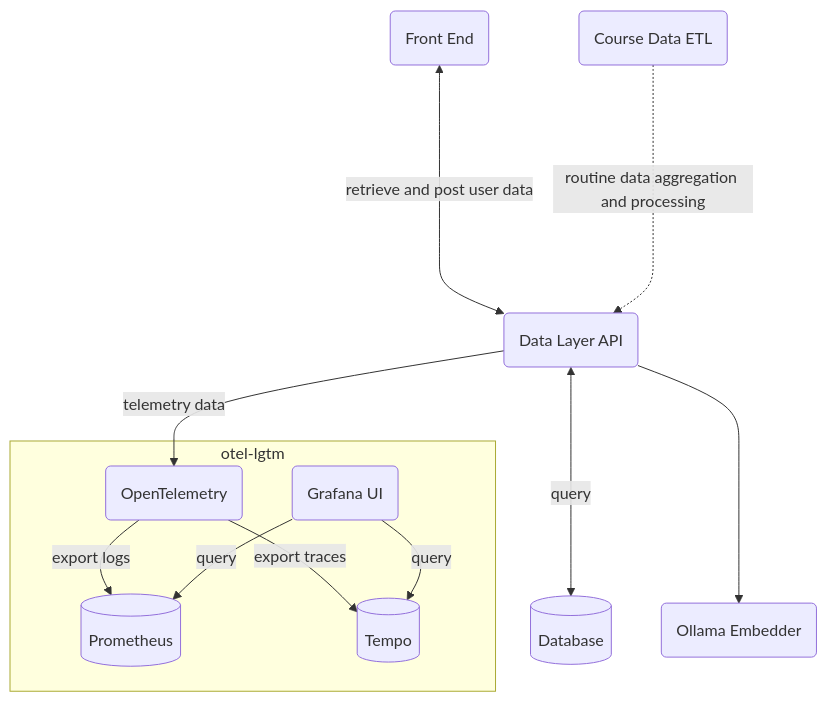
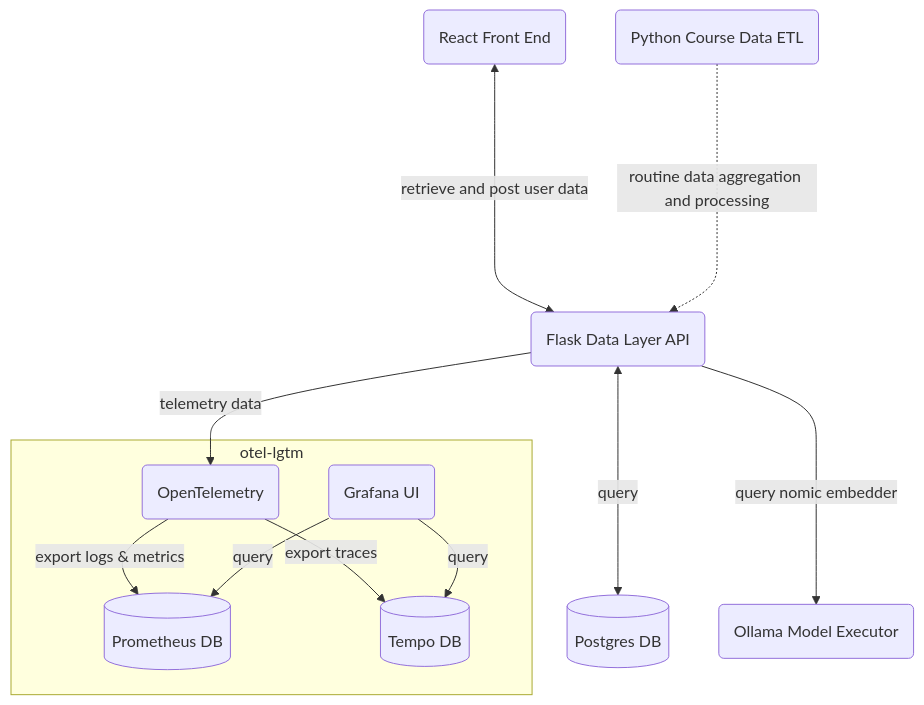
The diagram in README.md (leovrodriguez/CourseReview), drawn with Mermaid before and after one commit.

Commit message:
More detailed naming

````diff
--- a/README.md
+++ b/README.md
@@ -6,24 +6,24 @@
  ```mermaid
 flowchart TD
-    A@{ shape: cyl, label: "Database" }
-    B(Front End)
-    C(Data Layer API )
-    D(Course Data ETL)
-    E(Ollama Embedder)
+    A@{ shape: cyl, label: "Postgres DB" }
+    B(React Front End)
+    C(Flask Data Layer API )
+    D(Python Course Data ETL)
+    E(Ollama Model Executor)
     subgraph otel-lgtm
         F1(OpenTelemetry)
-        F2@{shape: cyl, label: Prometheus}
-        F3@{shape: cyl, label: Tempo}
+        F2@{shape: cyl, label: Prometheus DB}
+        F3@{shape: cyl, label: Tempo DB}
         F5(Grafana UI)
     end
 
     B <-- retrieve and post user data -----> C
     D -.routine data aggregation and processing....-> C
     C <---> |query| A
-    C ---> E
+    C ---> |query nomic embedder|E
     C --> | telemetry data | F1
-    F1 -->|export logs| F2
+    F1 -->|export logs & metrics| F2
     F1 -->|export traces| F3
     F5 -->|query| F2
     F5 -->|query| F3
 ```
````
